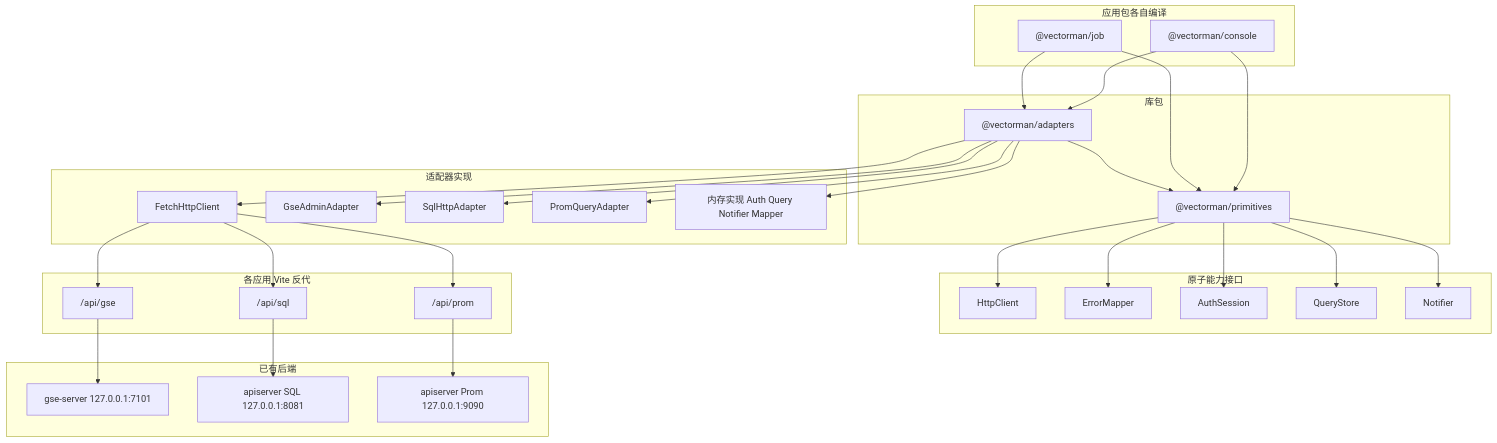
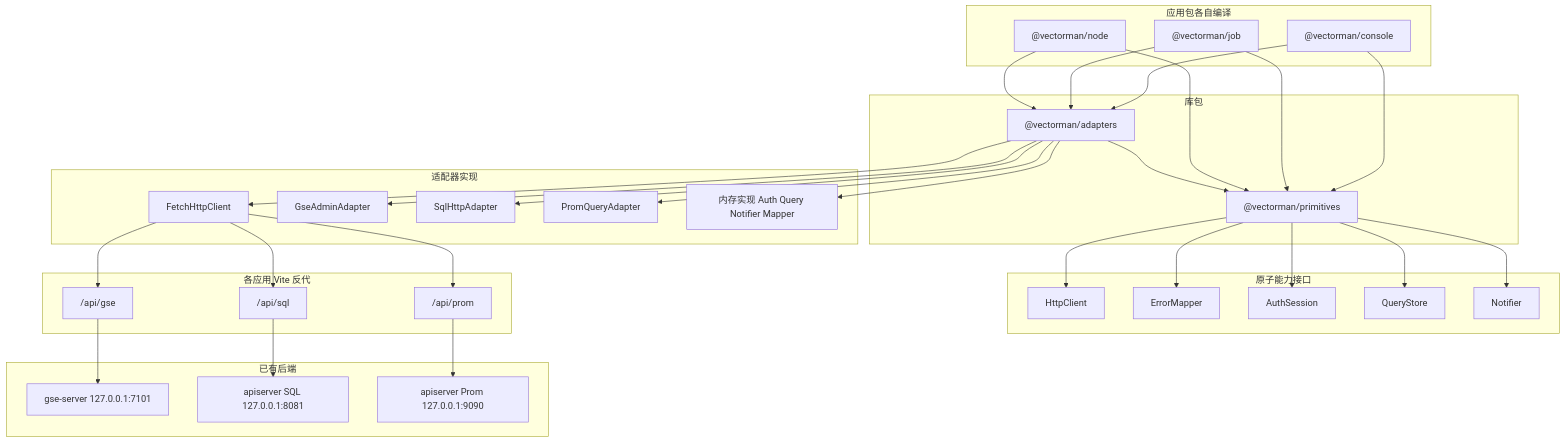
Before and after one commit to abrance/vectorman: the diagram in .monkeycode/specs/frontend-layered-architecture/design.md, drawn with Mermaid. The commit also changed other lines of this file and 3 other files, not shown here.

````diff
--- a/.monkeycode/specs/frontend-layered-architecture/design.md
+++ b/.monkeycode/specs/frontend-layered-architecture/design.md
@@ -18,56 +18,59 @@
 ```mermaid
 graph TD
     subgraph apps ["应用包各自编译"]
         CONSOLE["@vectorman/console"]
         JOB["@vectorman/job"]
+        NODE["@vectorman/node"]
     end
     subgraph libs ["库包"]
         PRIM["@vectorman/primitives"]
         ADAPT["@vectorman/adapters"]
     end
     subgraph primitives ["原子能力接口"]
         HTTP["HttpClient"]
         MAP["ErrorMapper"]
         AUTH["AuthSession"]
         QS["QueryStore"]
         NOTE["Notifier"]
     end
     subgraph adapters ["适配器实现"]
         FETCH["FetchHttpClient"]
         GSE["GseAdminAdapter"]
         SQLA["SqlHttpAdapter"]
         PROMA["PromQueryAdapter"]
         MEM["内存实现 Auth Query Notifier Mapper"]
     end
     subgraph proxy ["各应用 Vite 反代"]
         PGSE["/api/gse"]
         PSQL["/api/sql"]
         PPROM["/api/prom"]
     end
     subgraph backends ["已有后端"]
         GSEH["gse-server 127.0.0.1:7101"]
         SQLH["apiserver SQL 127.0.0.1:8081"]
         PROMH["apiserver Prom 127.0.0.1:9090"]
     end
     CONSOLE --> PRIM
     CONSOLE --> ADAPT
     JOB --> PRIM
     JOB --> ADAPT
+    NODE --> PRIM
+    NODE --> ADAPT
     ADAPT --> PRIM
     PRIM --> HTTP
     PRIM --> MAP
     PRIM --> AUTH
     PRIM --> QS
     PRIM --> NOTE
     ADAPT --> FETCH
     ADAPT --> GSE
     ADAPT --> SQLA
     ADAPT --> PROMA
     ADAPT --> MEM
     FETCH --> PGSE
     FETCH --> PSQL
     FETCH --> PPROM
     PGSE --> GSEH
     PSQL --> SQLH
     PPROM --> PROMH
 ```
````
